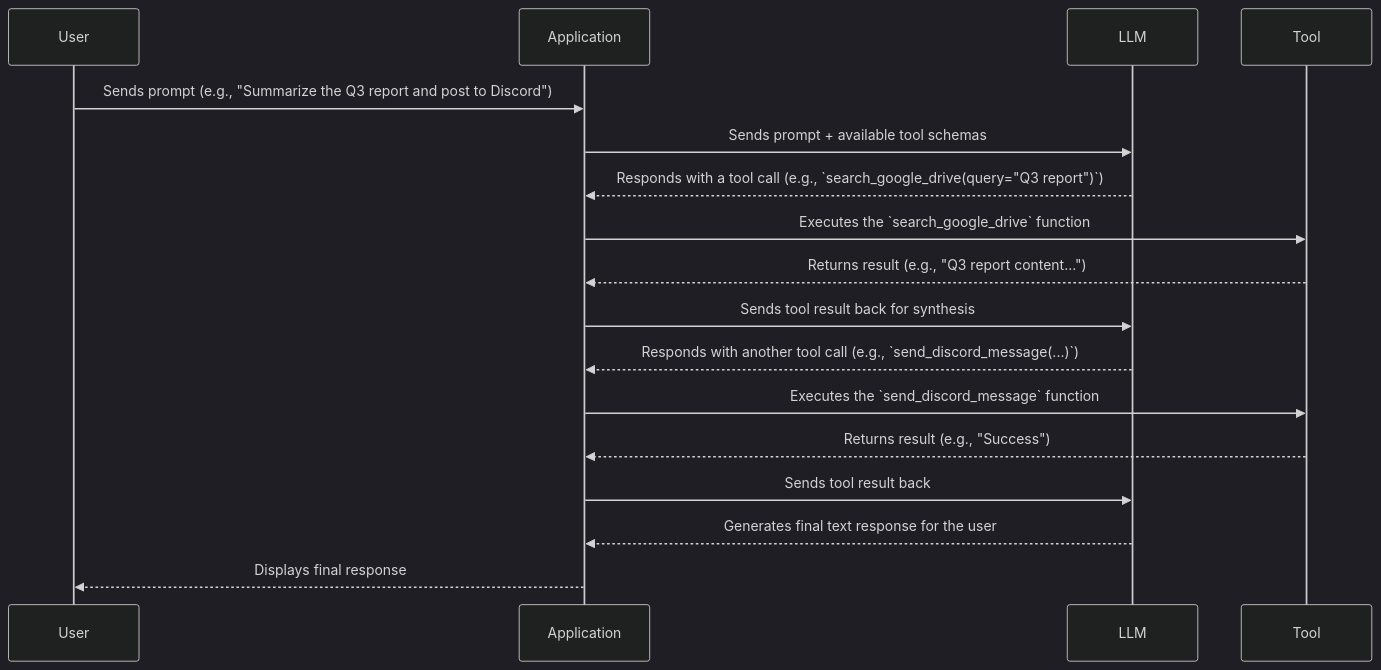
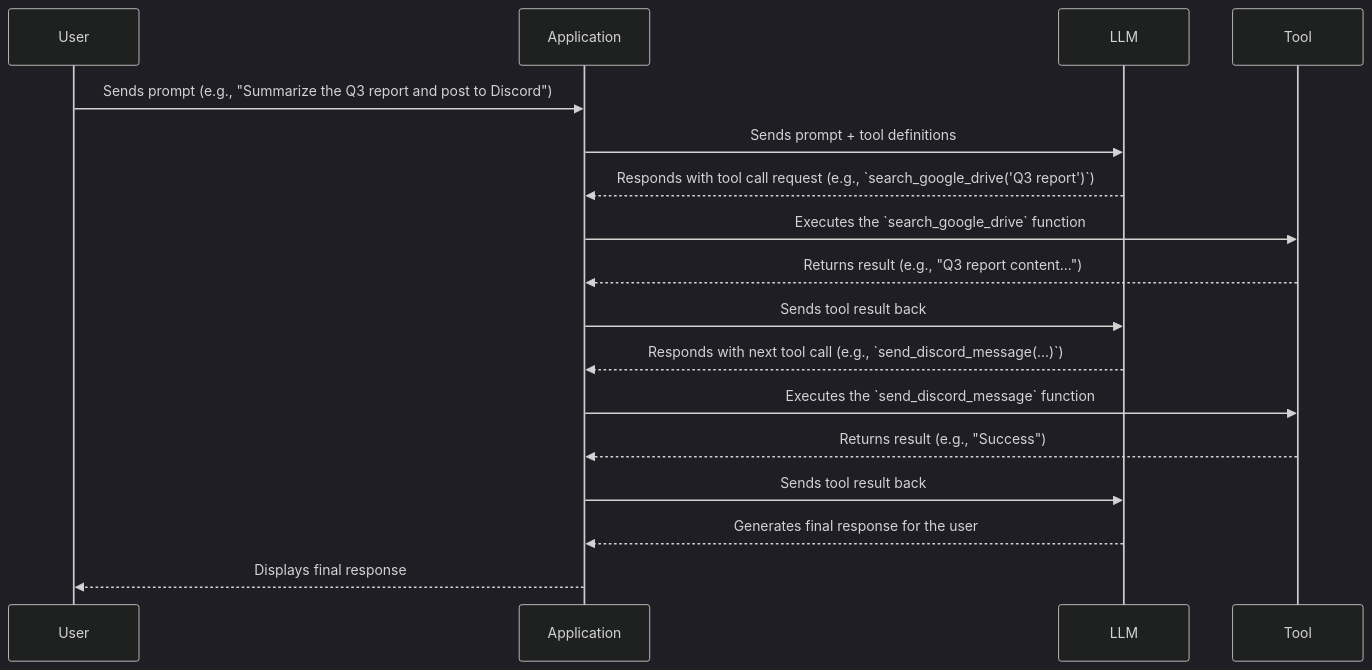
Before and after one commit to towardsai/agentic-ai-engineering-course: the first of 2 diagrams in lessons/05_tools_functions_structured_outputs/article.md, drawn with Mermaid (dark theme). The commit also changed other lines of this file and 1 other file, not shown here.

````diff
--- a/lessons/05_tools_functions_structured_outputs/article.md
+++ b/lessons/05_tools_functions_structured_outputs/article.md
@@ -22,20 +30,20 @@
 ```mermaid
 sequenceDiagram
     participant User
     participant Application
     participant LLM
     participant Tool
 
     User->>Application: Sends prompt (e.g., "Summarize the Q3 report and post to Discord")
-    Application->>LLM: Sends prompt + available tool schemas
-    LLM-->>Application: Responds with a tool call (e.g., `search_google_drive(query="Q3 report")`)
+    Application->>LLM: Sends prompt + tool definitions
+    LLM-->>Application: Responds with tool call request (e.g., `search_google_drive('Q3 report')`)
     Application->>Tool: Executes the `search_google_drive` function
     Tool-->>Application: Returns result (e.g., "Q3 report content...")
-    Application->>LLM: Sends tool result back for synthesis
-    LLM-->>Application: Responds with another tool call (e.g., `send_discord_message(...)`)
+    Application->>LLM: Sends tool result back
+    LLM-->>Application: Responds with next tool call (e.g., `send_discord_message(...)`)
     Application->>Tool: Executes the `send_discord_message` function
     Tool-->>Application: Returns result (e.g., "Success")
     Application->>LLM: Sends tool result back
-    LLM-->>Application: Generates final text response for the user
+    LLM-->>Application: Generates final response for the user
     Application-->>User: Displays final response
 ```
````
